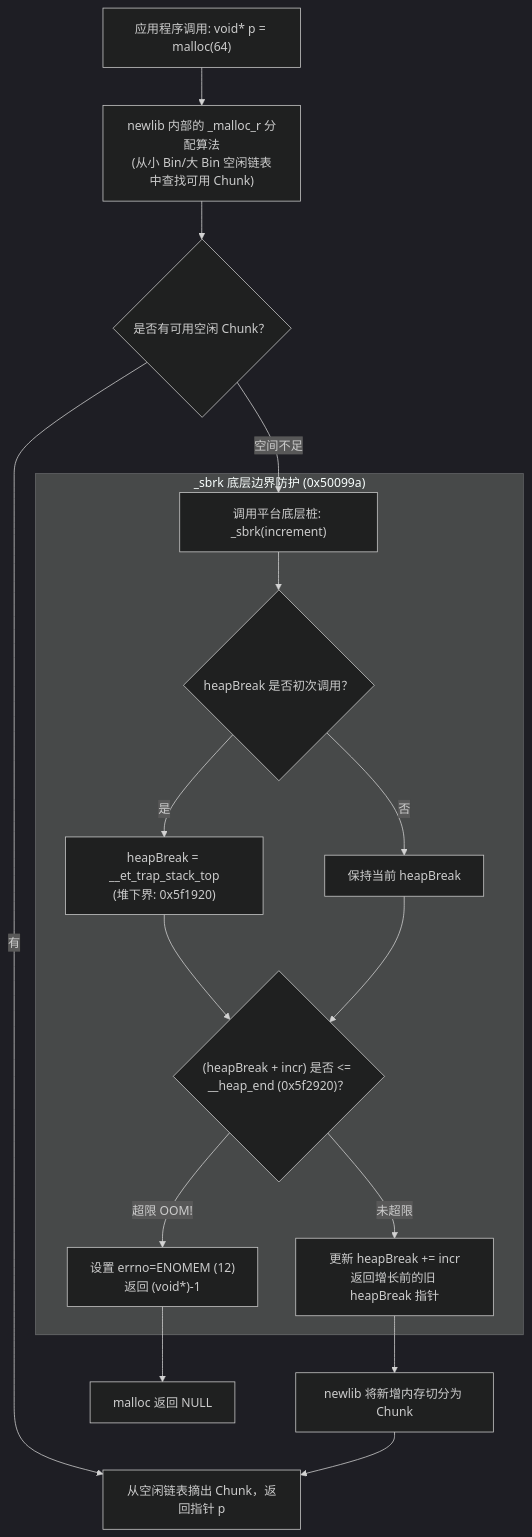
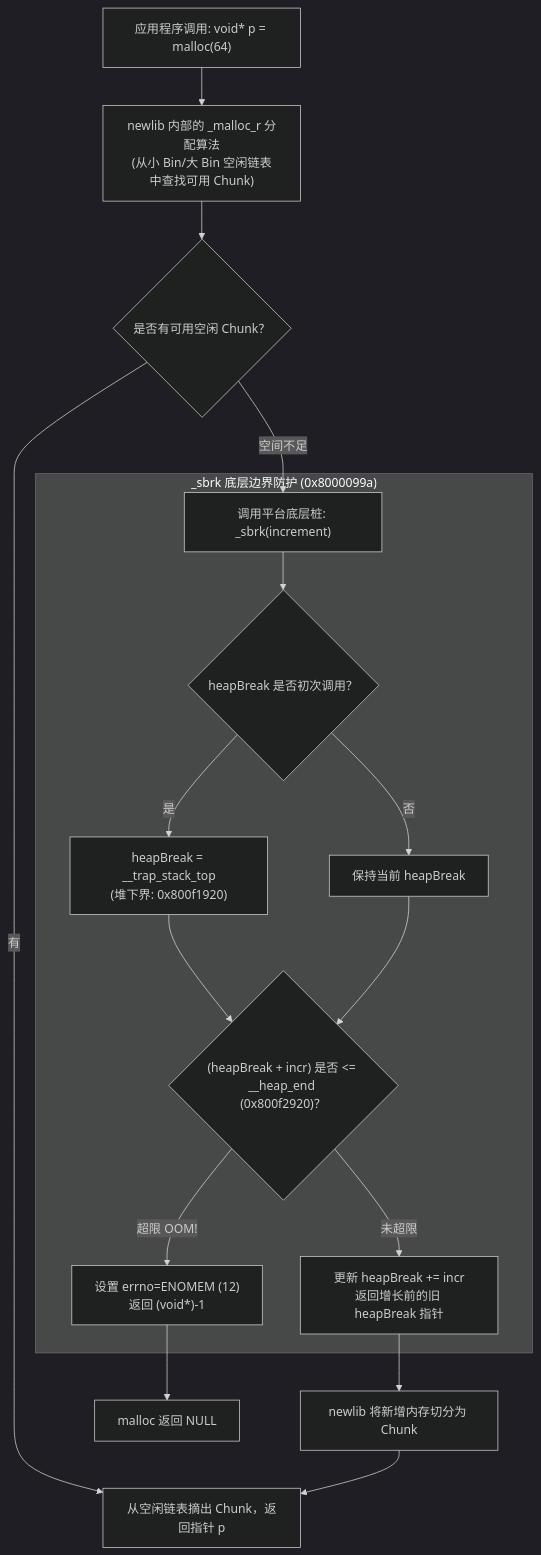
Before and after one commit to hqu-little-boy/blog: the ninth of 13 diagrams in src/content/posts/riscv-baremetal-boot-and-runtime-bringup-guide.md, drawn with Mermaid (dark theme). The commit also changed other lines of this file and 3 other files, not shown here.

Commit message:
feat(diagrams): support in-place source code toggle and character-level text selection

````diff
--- a/src/content/posts/riscv-baremetal-boot-and-runtime-bringup-guide.md
+++ b/src/content/posts/riscv-baremetal-boot-and-runtime-bringup-guide.md
@@ -571,20 +571,20 @@
 ```mermaid
 flowchart TD
     User["应用程序调用: void* p = malloc(64)"] --> Newlib["newlib 内部的 _malloc_r 分配算法\n(从小 Bin/大 Bin 空闲链表中查找可用 Chunk)"]
     Newlib --> HasFree{"是否有可用空闲 Chunk？"}
     HasFree --"有"--> ReturnPtr["从空闲链表摘出 Chunk，返回指针 p"]
     HasFree --"空间不足"--> CallSbrk["调用平台底层桩: _sbrk(increment)"]
     
-    subgraph SbrkDetail["_sbrk 底层边界防护 (0x50099a)"]
+    subgraph SbrkDetail["_sbrk 底层边界防护 (0x8000099a)"]
         CallSbrk --> CheckInit{"heapBreak 是否初次调用？"}
-        CheckInit --"是"--> SetBase["heapBreak = __et_trap_stack_top\n(堆下界: 0x5f1920)"]
+        CheckInit --"是"--> SetBase["heapBreak = __trap_stack_top\n(堆下界: 0x800f1920)"]
         CheckInit --"否"--> KeepBase["保持当前 heapBreak"]
-        SetBase --> BoundaryCheck{"(heapBreak + incr) 是否 <= __heap_end (0x5f2920)？"}
+        SetBase --> BoundaryCheck{"(heapBreak + incr) 是否 <= __heap_end (0x800f2920)？"}
         KeepBase --> BoundaryCheck
         BoundaryCheck --"未超限"--> Expand["更新 heapBreak += incr\n返回增长前的旧 heapBreak 指针"]
         BoundaryCheck --"超限 OOM!"--> Fail["设置 errno=ENOMEM (12)\n返回 (void*)-1"]
     end
 
     Expand --> SplitChunk["newlib 将新增内存切分为 Chunk"] --> ReturnPtr
     Fail --> MallocNull["malloc 返回 NULL"]
 ```
````
